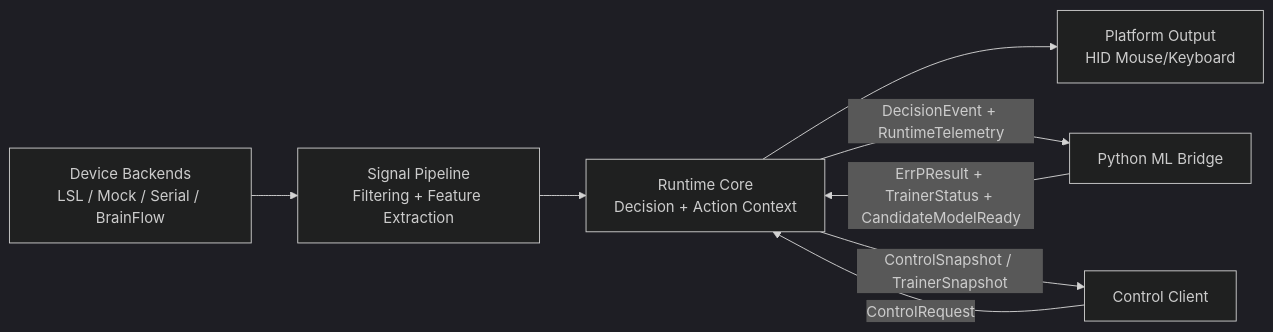
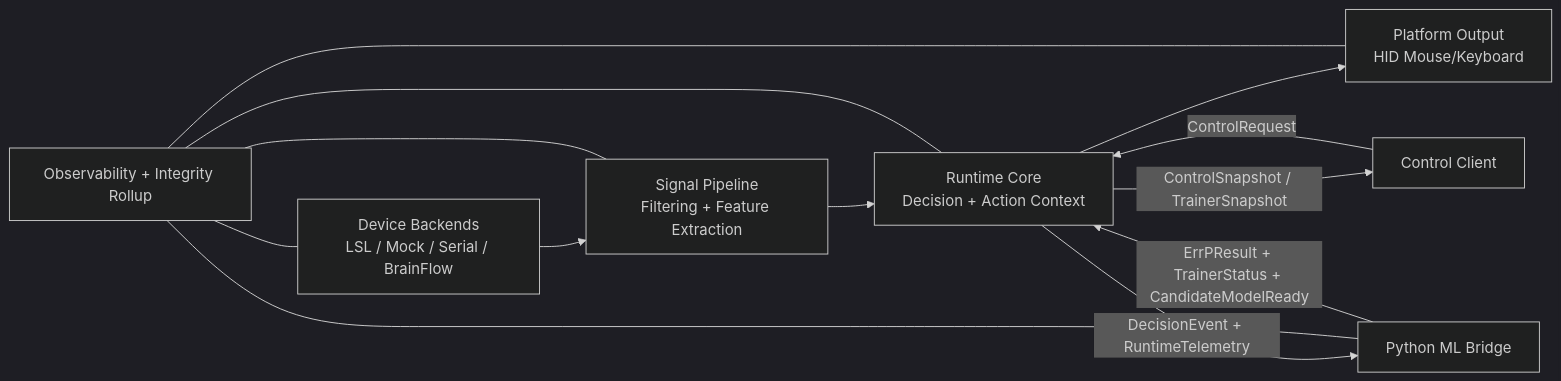
The first of 2 diagrams in docs/integration-architecture.md (jmduea/NeuroHID), drawn with Mermaid (dark theme) before and after one commit. The commit also changed other lines of this file and 3 other files, not shown here.

Commit message:
phase5: document integrity rollup, protocol checks, and ops guidance

````diff
--- a/docs/integration-architecture.md
+++ b/docs/integration-architecture.md
@@ -49,12 +64,18 @@
 ```mermaid
 flowchart LR
  D[Device Backends\nLSL / Mock / Serial / BrainFlow] --> S[Signal Pipeline\nFiltering + Feature Extraction]
  S --> R[Runtime Core\nDecision + Action Context]
  R --> O[Platform Output\nHID Mouse/Keyboard]
 
  R -->|DecisionEvent + RuntimeTelemetry| B[Python ML Bridge]
  B -->|ErrPResult + TrainerStatus + CandidateModelReady| R
 
  C[Control Client] -->|ControlRequest| R
  R -->|ControlSnapshot / TrainerSnapshot| C
+
+ N[Observability + Integrity Rollup] --- D
+ N --- S
+ N --- R
+ N --- O
+ N --- B
 ```
````
